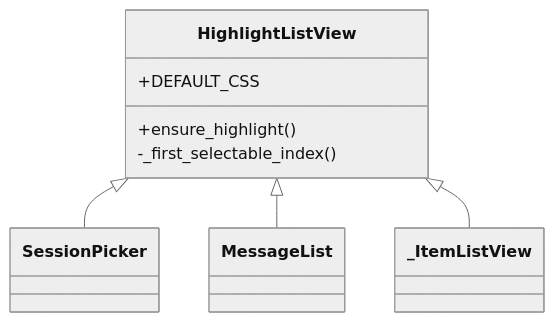
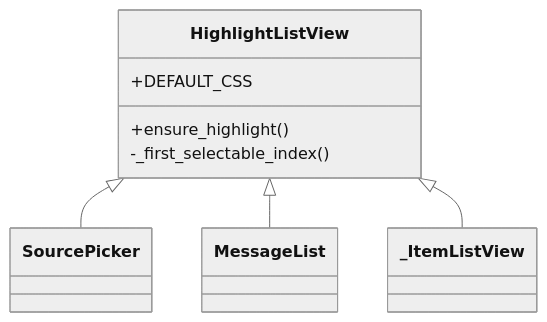
The sixth of 12 diagrams in specs/06-tui.md (delexw/claude-code-trace), drawn with Mermaid (neutral theme) before and after one commit. The commit also changed other lines of this file and 63 other files, not shown here.

````diff
--- a/specs/06-tui.md
+++ b/specs/06-tui.md
@@ -200,14 +205,14 @@
 ```mermaid
 classDiagram
     class HighlightListView {
         +DEFAULT_CSS
         +ensure_highlight()
         -_first_selectable_index()
     }
-    class SessionPicker
+    class SourcePicker
     class MessageList
     class _ItemListView
-    HighlightListView <|-- SessionPicker
+    HighlightListView <|-- SourcePicker
     HighlightListView <|-- MessageList
     HighlightListView <|-- _ItemListView
 ```
````
